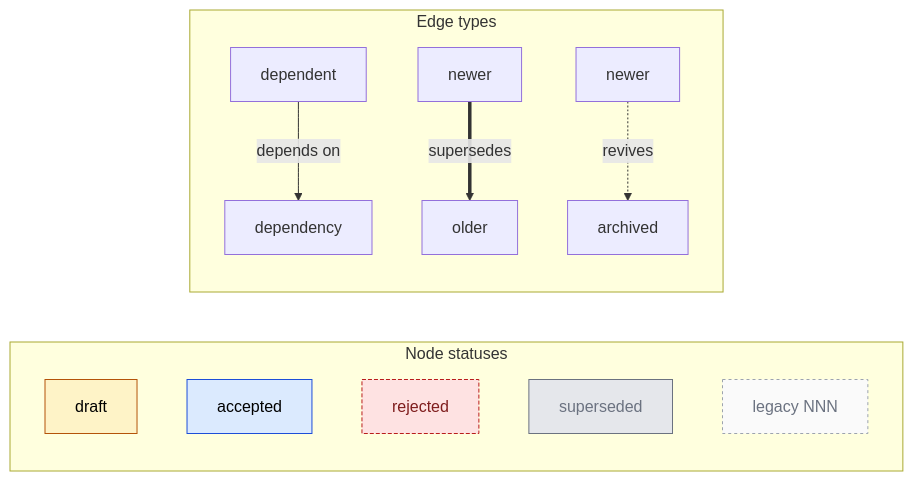
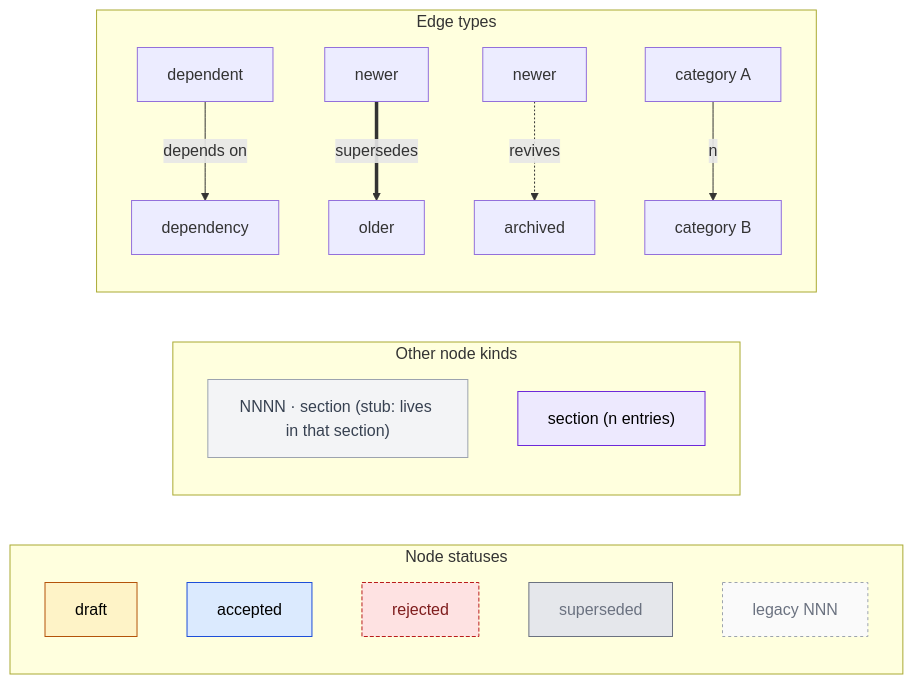
The seventh of 7 diagrams in GRAPH.md (open-platform-model/enhancements), drawn with Mermaid before and after one commit. The commit also changed other lines of this file and 35 other files, not shown here.

First line of the commit message:
refactor(tooling): add category, drop area, split GRAPH.md by category

````diff
--- a/GRAPH.md
+++ b/GRAPH.md
@@ -65,22 +194,30 @@
 ```mermaid
 graph LR
   classDef draft       fill:#fef3c7,stroke:#b45309,color:#000
   classDef accepted    fill:#dbeafe,stroke:#1d4ed8,color:#000
   classDef rejected    fill:#fee2e2,stroke:#b91c1c,color:#7f1d1d,stroke-dasharray:4 2
   classDef superseded  fill:#e5e7eb,stroke:#6b7280,color:#6b7280
   classDef legacy      fill:#fafafa,stroke:#9ca3af,color:#6b7280,stroke-dasharray:3 3
+  classDef stub        fill:#f3f4f6,stroke:#9ca3af,color:#374151
+  classDef category    fill:#ede9fe,stroke:#6d28d9,color:#000
 
   subgraph statuses ["Node statuses"]
     Ldraft["draft"]:::draft
     Laccepted["accepted"]:::accepted
     Lrejected["rejected"]:::rejected
     Lsuperseded["superseded"]:::superseded
     Llegacy["legacy NNN"]:::legacy
   end
 
+  subgraph other ["Other node kinds"]
+    Lstub["NNNN · section (stub: lives in that section)"]:::stub
+    Lcategory["section (n entries)"]:::category
+  end
+
   subgraph edges ["Edge types"]
     Edep_a["dependent"] -->|depends on| Edep_b["dependency"]
     Esup_new["newer"] ==>|supersedes| Esup_old["older"]
     Erev_new["newer"] -.->|revives| Erev_old["archived"]
+    Ecat_a["category A"] -->|n| Ecat_b["category B"]
   end
 ```
````
